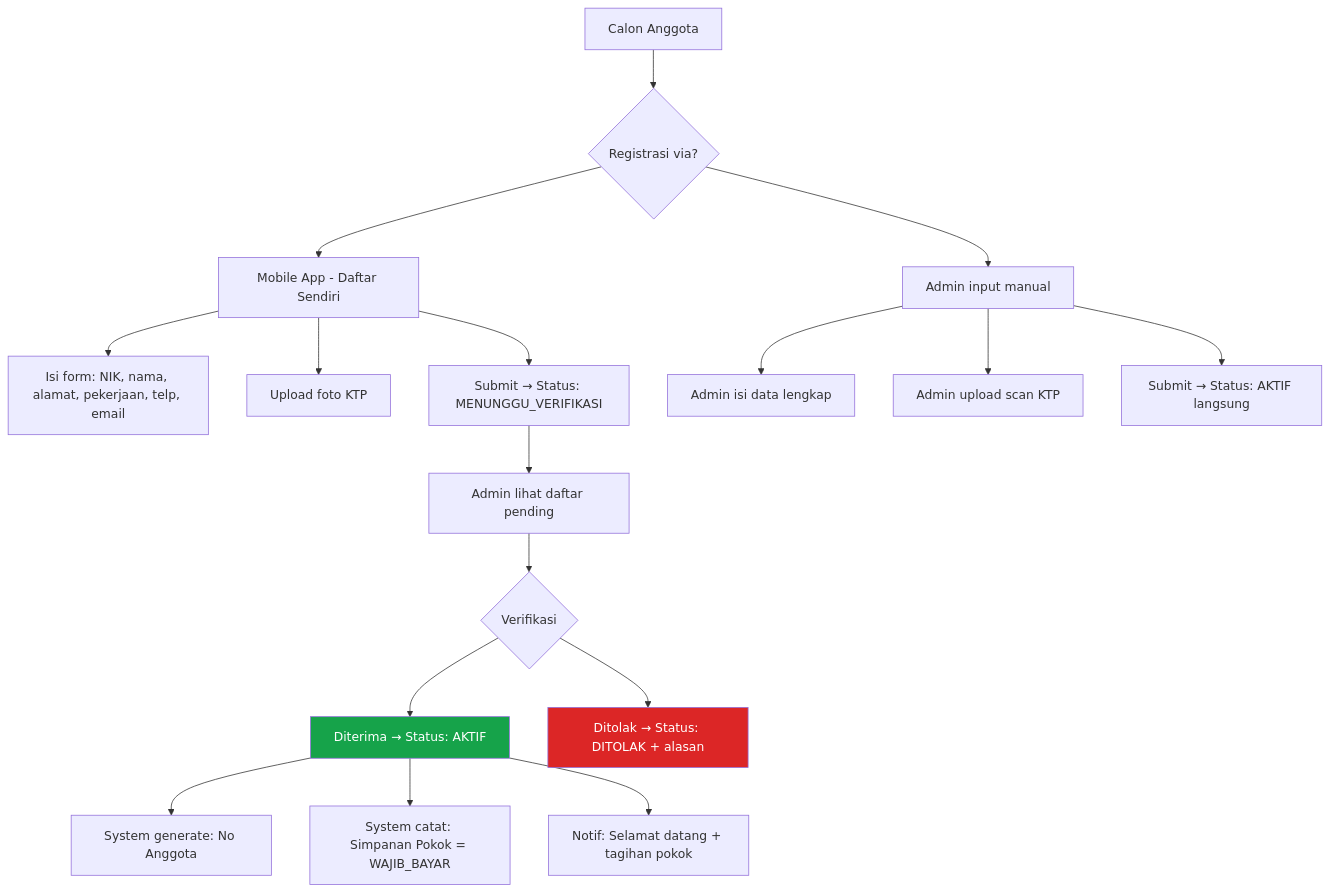
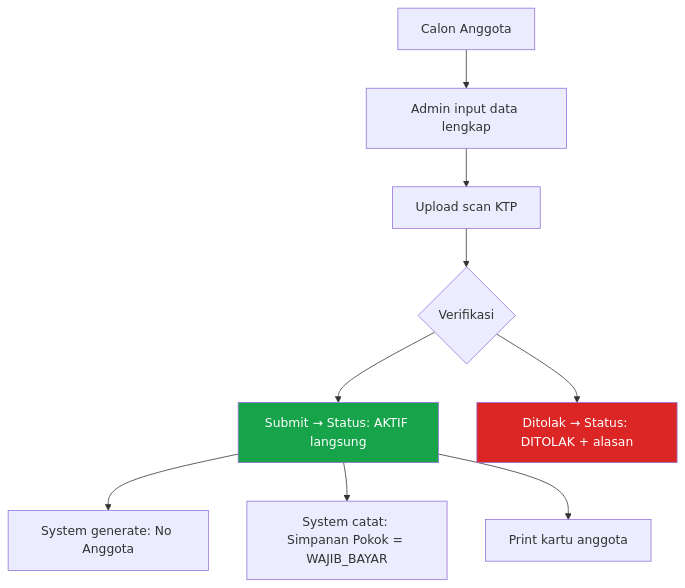
One commit to scavanger2221/koperasi-backoffice changed the first of 8 diagrams in FLOW_DAN_LOGIC.md. Above: the diagram before and after it, drawn with Mermaid. The commit also changed other lines of this file and 42 other files, not shown here.

First line of the commit message:
Phase 1: angsuran tracking, jurnal akuntansi, buku kas, kartu anggota print, export csv

````diff
--- a/FLOW_DAN_LOGIC.md
+++ b/FLOW_DAN_LOGIC.md
@@ -21,26 +21,14 @@
 ```mermaid
 graph TD
-    A[Calon Anggota] --> B{Registrasi via?}
-    B --> C[Mobile App - Daftar Sendiri]
-    B --> D[Admin input manual]
-    
-    C --> E[Isi form: NIK, nama, alamat, pekerjaan, telp, email]
-    C --> F[Upload foto KTP]
-    C --> G[Submit → Status: MENUNGGU_VERIFIKASI]
-    
-    D --> H[Admin isi data lengkap]
-    D --> I[Admin upload scan KTP]
-    D --> J[Submit → Status: AKTIF langsung]
-    
-    G --> K[Admin lihat daftar pending]
-    K --> L{Verifikasi}
-    L --> M[Diterima → Status: AKTIF]
-    L --> N[Ditolak → Status: DITOLAK + alasan]
-    
-    M --> O[System generate: No Anggota]
-    M --> P[System catat: Simpanan Pokok = WAJIB_BAYAR]
-    M --> Q[Notif: Selamat datang + tagihan pokok]
-    
-    style M fill:#16a34a,color:#fff
-    style N fill:#dc2626,color:#fff
+    A[Calon Anggota] --> B[Admin input data lengkap]
+    B --> C[Upload scan KTP]
+    C --> D{Verifikasi}
+    D --> E[Submit → Status: AKTIF langsung]
+    D --> F[Ditolak → Status: DITOLAK + alasan]
+    E --> G[System generate: No Anggota]
+    E --> H[System catat: Simpanan Pokok = WAJIB_BAYAR]
+    E --> I[Print kartu anggota]
+
+    style E fill:#16a34a,color:#fff
+    style F fill:#dc2626,color:#fff
 ```
````
